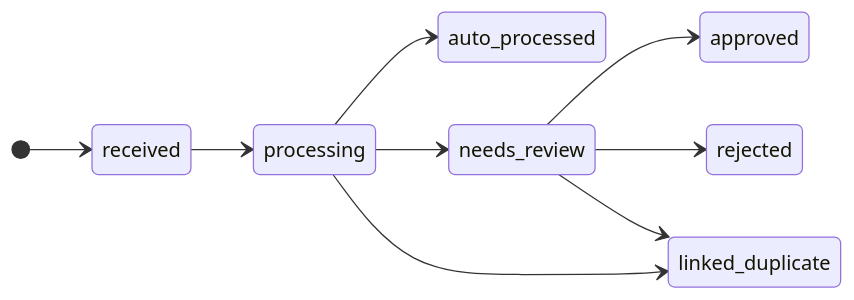
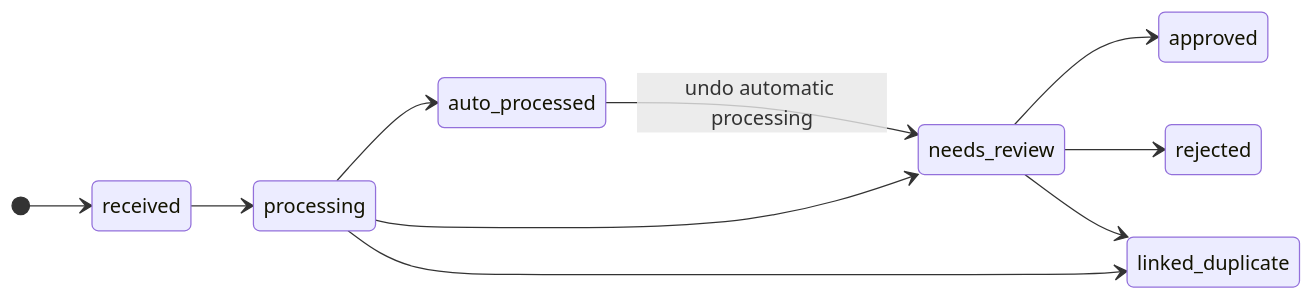
Before and after one commit to tallZacchaeus/hostmark-vip-gcs: the eighth of 11 diagrams in docs/03-App-Flow.md, drawn with Mermaid. The commit also changed other lines of this file and 111 other files, not shown here.

````diff
--- a/docs/03-App-Flow.md
+++ b/docs/03-App-Flow.md
@@ -264,12 +264,13 @@
 ```mermaid
 stateDiagram-v2
   direction LR
   [*] --> received
   received --> processing
   processing --> auto_processed
   processing --> needs_review
   processing --> linked_duplicate
   needs_review --> approved
   needs_review --> rejected
   needs_review --> linked_duplicate
+  auto_processed --> needs_review: undo automatic processing
 ```
````
